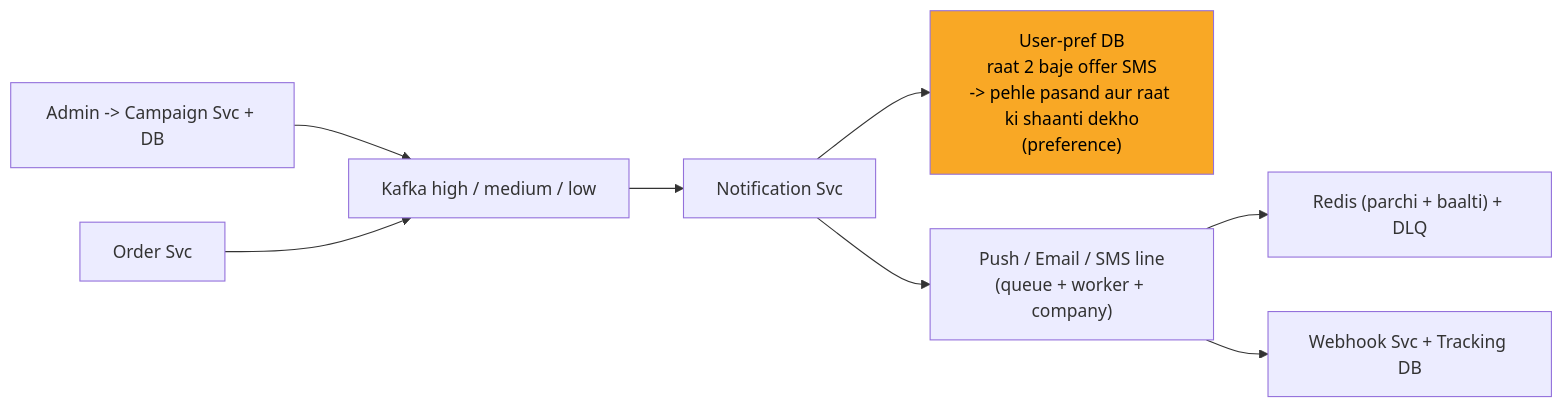
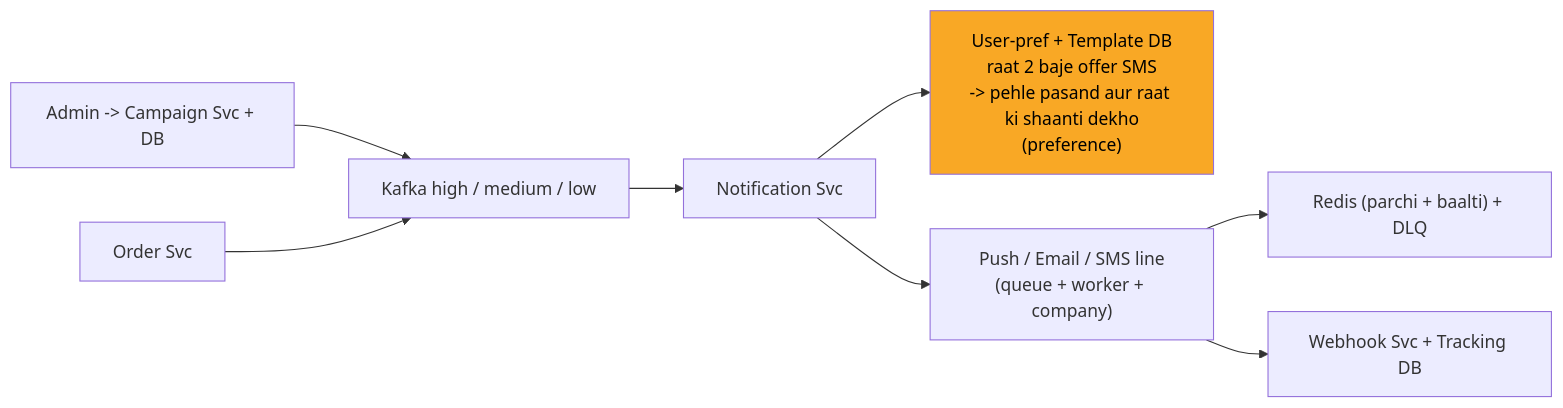
Before and after one commit to ArpanMaheshwari144/Prep: diagram 12 of 13 in 04_HLD/SYSTEM_DESIGNS/04_notification_system/04_notification_system.md, drawn with Mermaid. The commit also changed other lines of this file and 10 other files, not shown here.

````diff
--- a/04_HLD/SYSTEM_DESIGNS/04_notification_system/04_notification_system.md
+++ b/04_HLD/SYSTEM_DESIGNS/04_notification_system/04_notification_system.md
@@ -437,19 +437,19 @@
 ```mermaid
 flowchart LR
     n_CAMP["Admin -> Campaign Svc + DB"]
     n_Order_Svc["Order Svc"]
     n_Kafka["Kafka high / medium / low"]
     n_Notification_Svc["Notification Svc"]
-    n_PREF["User-pref DB<br/>raat 2 baje offer SMS<br/>-> pehle pasand aur raat ki shaanti dekho<br/>(preference)"]
+    n_PREF["User-pref + Template DB<br/>raat 2 baje offer SMS<br/>-> pehle pasand aur raat ki shaanti dekho<br/>(preference)"]
     n_LINES["Push / Email / SMS line<br/>(queue + worker + company)"]
     n_RDLQ["Redis (parchi + baalti) + DLQ"]
     n_WH["Webhook Svc + Tracking DB"]
     n_CAMP --> n_Kafka
     n_Order_Svc --> n_Kafka
     n_Kafka --> n_Notification_Svc
     n_Notification_Svc --> n_PREF
     n_Notification_Svc --> n_LINES
     n_LINES --> n_RDLQ
     n_LINES --> n_WH
     style n_PREF fill:#f9a825,color:#000
 ```
````
